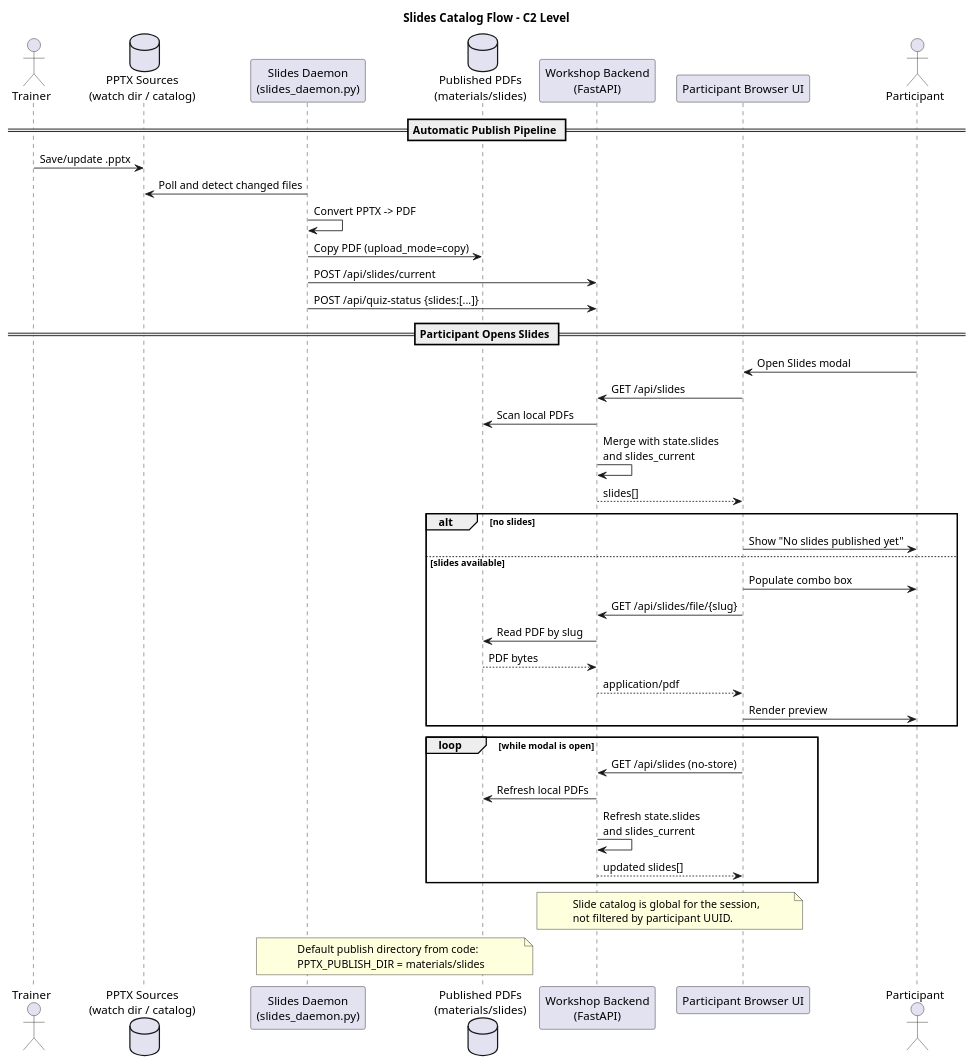
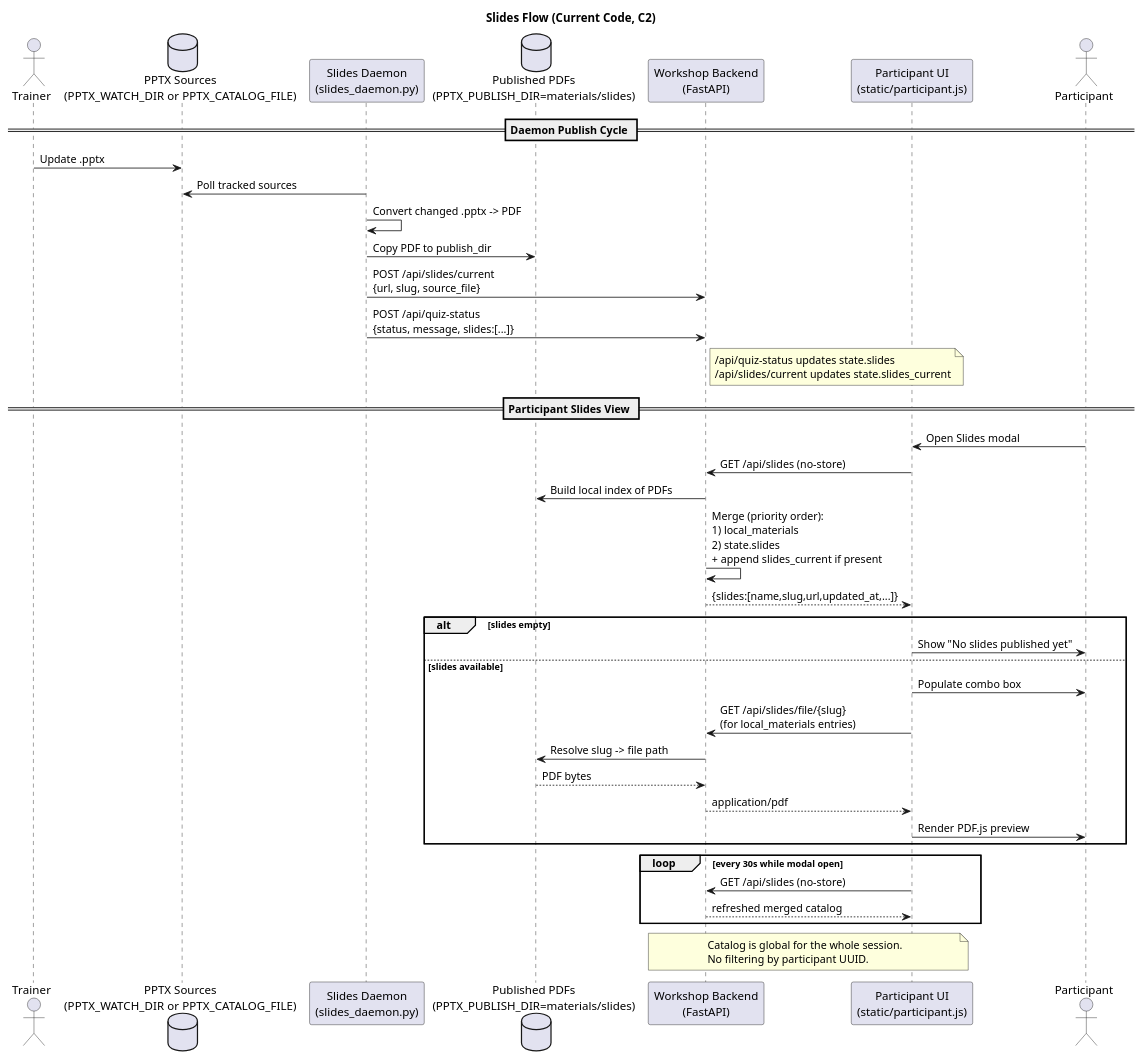
One commit to victorrentea/training-assistant changed the diagram in adoc/seq_slides_flow.puml. Above: the diagram before and after it, drawn with PlantUML. The commit also changed 4 other files, not shown here.

Commit message:
docs: define host-to-backend slides mirror design

```diff
--- a/adoc/seq_slides_flow.puml
+++ b/adoc/seq_slides_flow.puml
@@ -1,57 +1,55 @@
 @startuml seq_slides_flow
-title Slides Catalog Flow - C2 Level
+title Slides Flow (Current Code, C2)
 
 actor "Trainer" as Trainer
-database "PPTX Sources\n(watch dir / catalog)" as PptxSources
+database "PPTX Sources\n(PPTX_WATCH_DIR or PPTX_CATALOG_FILE)" as PptxSources
 participant "Slides Daemon\n(slides_daemon.py)" as Daemon
-database "Published PDFs\n(materials/slides)" as MaterialsSlides
+database "Published PDFs\n(PPTX_PUBLISH_DIR=materials/slides)" as MaterialsSlides
 participant "Workshop Backend\n(FastAPI)" as Backend
-participant "Participant Browser UI" as PaxUI
+participant "Participant UI\n(static/participant.js)" as PaxUI
 actor "Participant" as Pax
 
-== Automatic Publish Pipeline ==
+== Daemon Publish Cycle ==
 
-Trainer -> PptxSources : Save/update .pptx
-Daemon -> PptxSources : Poll and detect changed files
-Daemon -> Daemon : Convert PPTX -> PDF
-Daemon -> MaterialsSlides : Copy PDF (upload_mode=copy)
-Daemon -> Backend : POST /api/slides/current
-Daemon -> Backend : POST /api/quiz-status {slides:[...]}
+Trainer -> PptxSources : Update .pptx
+Daemon -> PptxSources : Poll tracked sources
+Daemon -> Daemon : Convert changed .pptx -> PDF
+Daemon -> MaterialsSlides : Copy PDF to publish_dir
+Daemon -> Backend : POST /api/slides/current\n{url, slug, source_file}
+Daemon -> Backend : POST /api/quiz-status\n{status, message, slides:[...]}
 
-== Participant Opens Slides ==
+note right of Backend
+  /api/quiz-status updates state.slides
+  /api/slides/current updates state.slides_current
+end note
+
+== Participant Slides View ==
 
 Pax -> PaxUI : Open Slides modal
-PaxUI -> Backend : GET /api/slides
-Backend -> MaterialsSlides : Scan local PDFs
-Backend -> Backend : Merge with state.slides\nand slides_current
-Backend --> PaxUI : slides[]
+PaxUI -> Backend : GET /api/slides (no-store)
+Backend -> MaterialsSlides : Build local index of PDFs
+Backend -> Backend : Merge (priority order):\n1) local_materials\n2) state.slides\n+ append slides_current if present
+Backend --> PaxUI : {slides:[name,slug,url,updated_at,...]}
 
-alt no slides
+alt slides empty
   PaxUI -> Pax : Show "No slides published yet"
 else slides available
   PaxUI -> Pax : Populate combo box
-  PaxUI -> Backend : GET /api/slides/file/{slug}
-  Backend -> MaterialsSlides : Read PDF by slug
+  PaxUI -> Backend : GET /api/slides/file/{slug}\n(for local_materials entries)
+  Backend -> MaterialsSlides : Resolve slug -> file path
   MaterialsSlides --> Backend : PDF bytes
   Backend --> PaxUI : application/pdf
-  PaxUI -> Pax : Render preview
+  PaxUI -> Pax : Render PDF.js preview
 end
 
-loop while modal is open
+loop every 30s while modal open
   PaxUI -> Backend : GET /api/slides (no-store)
-  Backend -> MaterialsSlides : Refresh local PDFs
-  Backend -> Backend : Refresh state.slides\nand slides_current
-  Backend --> PaxUI : updated slides[]
+  Backend --> PaxUI : refreshed merged catalog
 end
 
 note over PaxUI, Backend
-  Slide catalog is global for the session,
-  not filtered by participant UUID.
-end note
-
-note over Daemon, MaterialsSlides
-  Default publish directory from code:
-  PPTX_PUBLISH_DIR = materials/slides
+  Catalog is global for the whole session.
+  No filtering by participant UUID.
 end note
 
 @enduml
```
